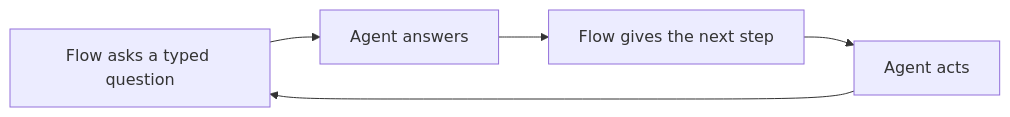
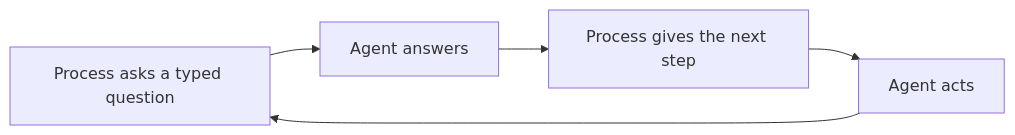
One commit to rein-lang/rein-lang.com changed the second of 2 diagrams in docs/rein-vs-skills.md. Above: the diagram before and after it, drawn with Mermaid. The commit also changed other lines of this file and 5 other files, not shown here.

Commit message:
docs: say process, not flow, on the docs pages

````diff
--- a/docs/rein-vs-skills.md
+++ b/docs/rein-vs-skills.md
@@ -30,7 +30,7 @@
 ```mermaid
 flowchart LR
-    A["Flow asks a typed question"] --> B["Agent answers"]
-    B --> C["Flow gives the next step"]
+    A["Process asks a typed question"] --> B["Agent answers"]
+    B --> C["Process gives the next step"]
     C --> D["Agent acts"]
     D --> A
 ```
````
